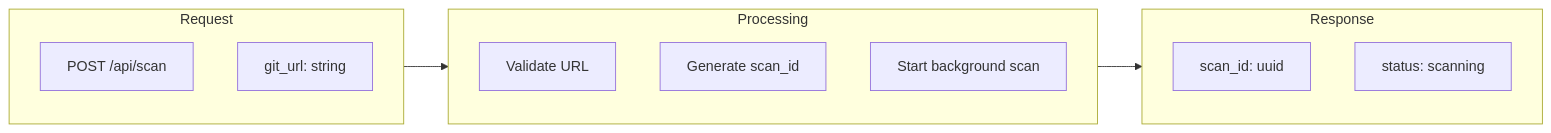
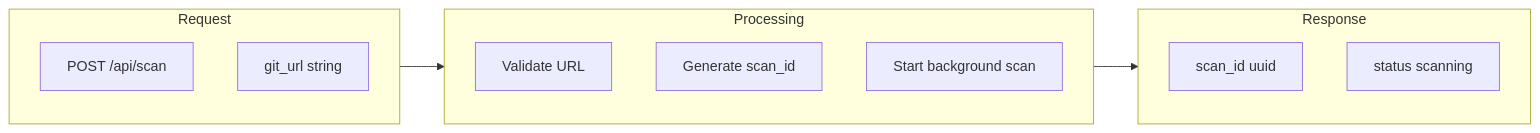
One commit to alamshoaib134/git-secret-scanner changed diagram 18 of 18 in architecture/LLD.md. Above: the diagram before and after it, drawn with Mermaid. The commit also changed other lines of this file and 1 other file, not shown here.

First line of the commit message:
Fix Mermaid syntax errors in architecture diagrams

````diff
--- a/architecture/LLD.md
+++ b/architecture/LLD.md
@@ -525,20 +510,20 @@
 ```mermaid
 flowchart LR
-    subgraph Request
-        R1[POST /api/scan]
-        R2[git_url: string]
+    subgraph Request["Request"]
+        R1["POST /api/scan"]
+        R2["git_url string"]
     end
 
-    subgraph Processing
-        P1[Validate URL]
-        P2[Generate scan_id]
-        P3[Start background scan]
+    subgraph Processing["Processing"]
+        P1["Validate URL"]
+        P2["Generate scan_id"]
+        P3["Start background scan"]
     end
 
-    subgraph Response
-        S1[scan_id: uuid]
-        S2[status: scanning]
+    subgraph Response["Response"]
+        S1["scan_id uuid"]
+        S2["status scanning"]
     end
 
     Request --> Processing --> Response
 ```
````
